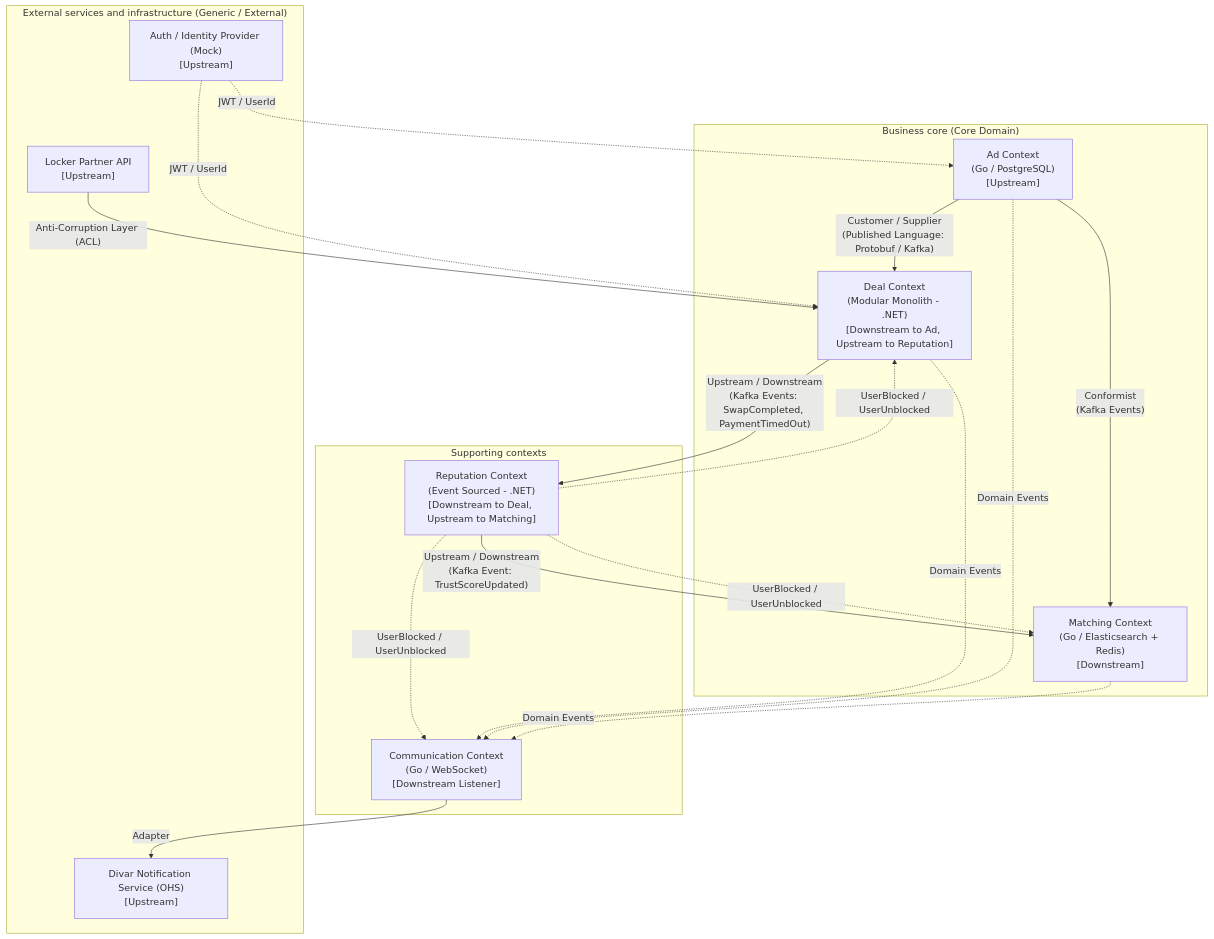
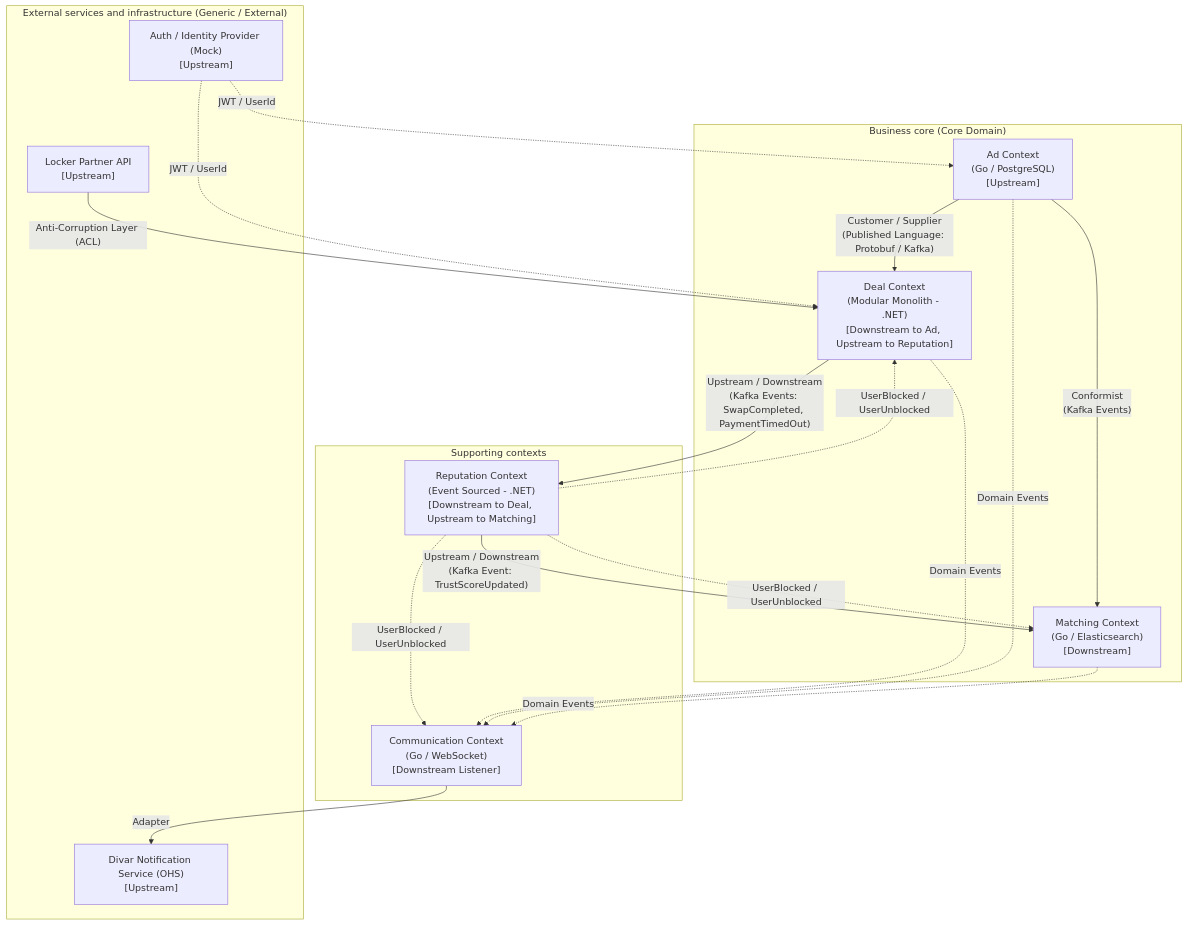
Before and after one commit to AlirezaIzadi6/Taakht: the diagram in docs/domain/context-map.md, drawn with Mermaid. The commit also changed other lines of this file and 8 other files, not shown here.

First line of the commit message:
docs(adr): add ADR 0019, Elasticsearch for Matching and no Redis for now

````diff
--- a/docs/domain/context-map.md
+++ b/docs/domain/context-map.md
@@ -9,35 +9,35 @@
 ```mermaid
 flowchart TD
     subgraph Core ["Business core (Core Domain)"]
         Ad["Ad Context\n(Go / PostgreSQL)\n[Upstream]"]
         Deal["Deal Context\n(Modular Monolith - .NET)\n[Downstream to Ad, Upstream to Reputation]"]
-        Matching["Matching Context\n(Go / Elasticsearch + Redis)\n[Downstream]"]
+        Matching["Matching Context\n(Go / Elasticsearch)\n[Downstream]"]
     end
 
     subgraph Supporting ["Supporting contexts"]
         Reputation["Reputation Context\n(Event Sourced - .NET)\n[Downstream to Deal, Upstream to Matching]"]
         Communication["Communication Context\n(Go / WebSocket)\n[Downstream Listener]"]
     end
 
     subgraph External ["External services and infrastructure (Generic / External)"]
         Locker["Locker Partner API\n[Upstream]"]
         DivarNotif["Divar Notification Service (OHS)\n[Upstream]"]
         AuthMock["Auth / Identity Provider (Mock)\n[Upstream]"]
     end
 
     %% Relationships
     Ad -->|"Customer / Supplier\n(Published Language: Protobuf / Kafka)"| Deal
     Ad -->|"Conformist\n(Kafka Events)"| Matching
     Deal -->|"Upstream / Downstream\n(Kafka Events: SwapCompleted, PaymentTimedOut)"| Reputation
     Reputation -->|"Upstream / Downstream\n(Kafka Event: TrustScoreUpdated)"| Matching
     Reputation -.->|"UserBlocked / UserUnblocked"| Deal
     Reputation -.->|"UserBlocked / UserUnblocked"| Matching
     Reputation -.->|"UserBlocked / UserUnblocked"| Communication
     Locker -->|"Anti-Corruption Layer (ACL)"| Deal
     Communication -->|"Adapter"| DivarNotif
     Deal -.->|"Domain Events"| Communication
     Ad -.->|"Domain Events"| Communication
     Matching -.->|"Domain Events"| Communication
     AuthMock -.->|"JWT / UserId"| Deal
     AuthMock -.->|"JWT / UserId"| Ad
 ```
````
